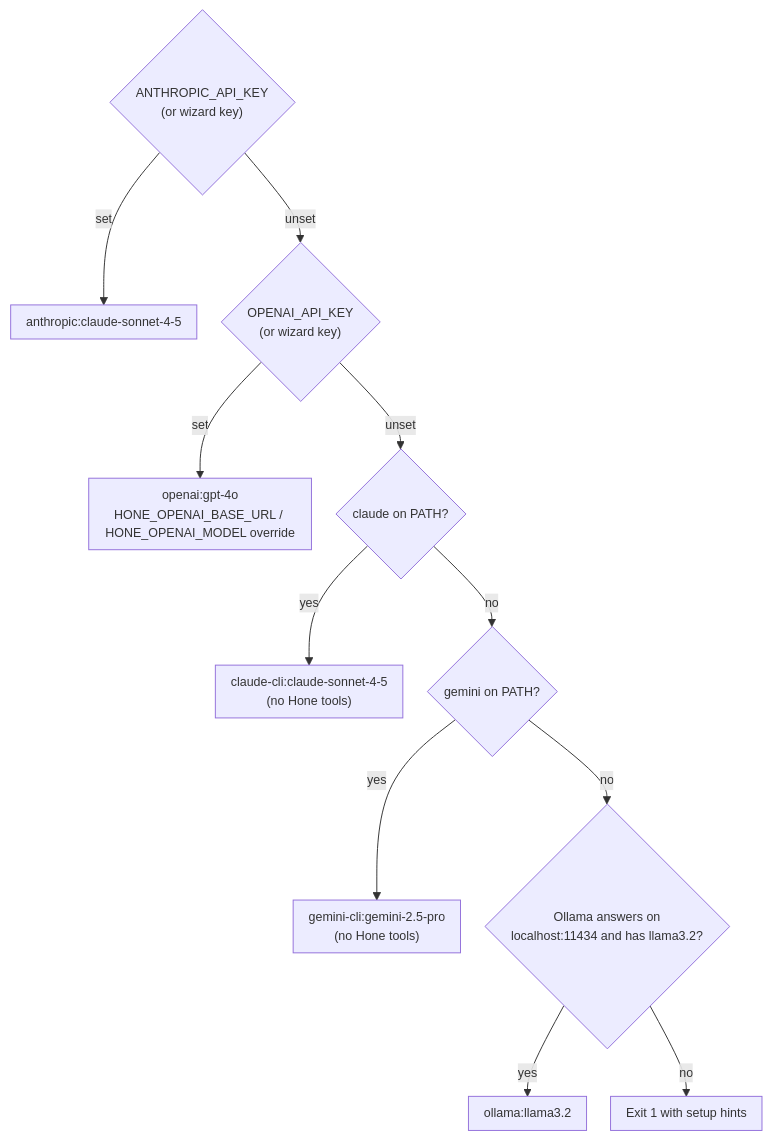
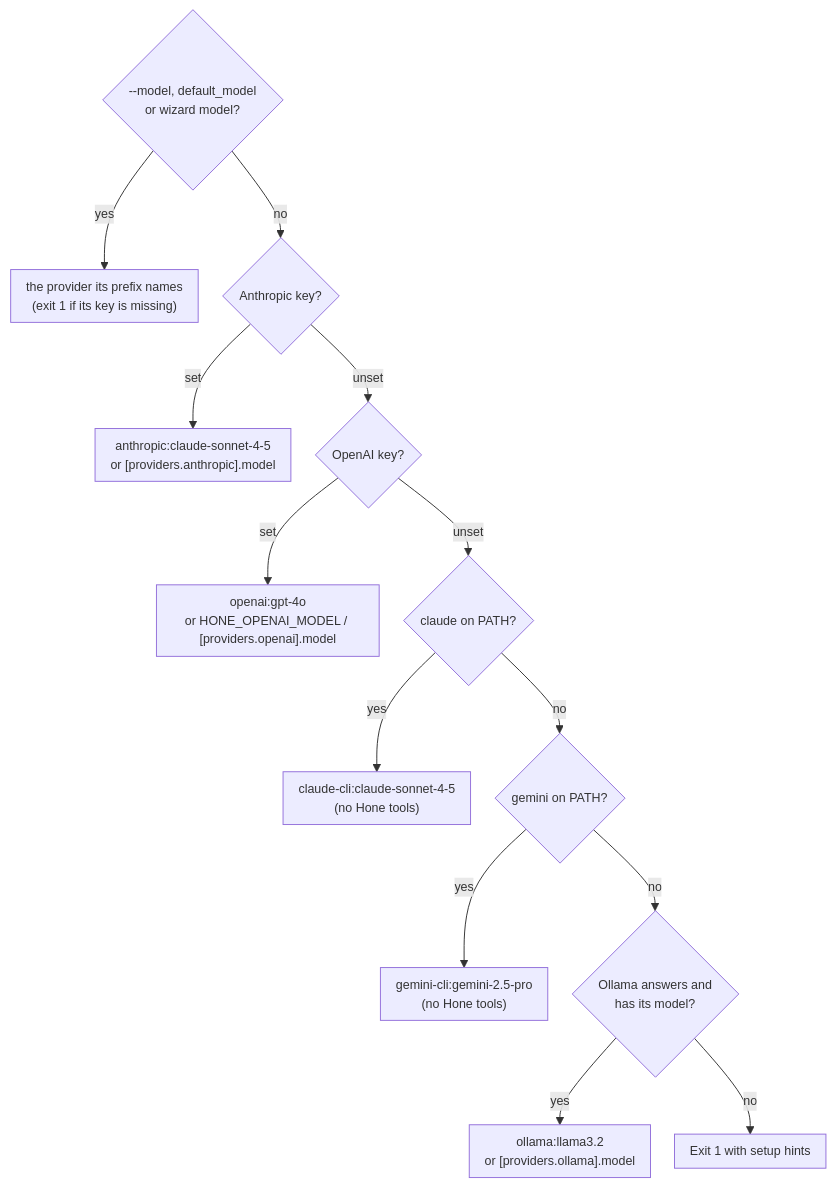
Before and after one commit to wojciechkpl/hone: the second of 4 diagrams in docs/configuration.md, drawn with Mermaid. The commit also changed other lines of this file and 6 other files, not shown here.

````diff
--- a/docs/configuration.md
+++ b/docs/configuration.md
@@ -73,14 +73,16 @@
 ```mermaid
 %%{init: {"themeVariables": {"fontSize": "13px"}, "flowchart": {"nodeSpacing": 25, "rankSpacing": 30, "padding": 8}, "sequence": {"actorMargin": 30, "messageMargin": 25, "boxMargin": 6}, "gantt": {"barHeight": 16, "barGap": 3}}}%%
 flowchart TD
-  A{"ANTHROPIC_API_KEY<br/>(or wizard key)"} -->|set| A1["anthropic:claude-sonnet-4-5"]
-  A -->|unset| B{"OPENAI_API_KEY<br/>(or wizard key)"}
-  B -->|set| B1["openai:gpt-4o<br/>HONE_OPENAI_BASE_URL / HONE_OPENAI_MODEL override"]
+  M{"--model, default_model<br/>or wizard model?"} -->|yes| M1["the provider its prefix names<br/>(exit 1 if its key is missing)"]
+  M -->|no| A{"Anthropic key?"}
+  A -->|set| A1["anthropic:claude-sonnet-4-5<br/>or [providers.anthropic].model"]
+  A -->|unset| B{"OpenAI key?"}
+  B -->|set| B1["openai:gpt-4o<br/>or HONE_OPENAI_MODEL / [providers.openai].model"]
   B -->|unset| C{"claude on PATH?"}
   C -->|yes| C1["claude-cli:claude-sonnet-4-5<br/>(no Hone tools)"]
   C -->|no| D{"gemini on PATH?"}
   D -->|yes| D1["gemini-cli:gemini-2.5-pro<br/>(no Hone tools)"]
-  D -->|no| E{"Ollama answers on<br/>localhost:11434 and has llama3.2?"}
-  E -->|yes| E1["ollama:llama3.2"]
+  D -->|no| E{"Ollama answers and<br/>has its model?"}
+  E -->|yes| E1["ollama:llama3.2<br/>or [providers.ollama].model"]
   E -->|no| X["Exit 1 with setup hints"]
 ```
````
